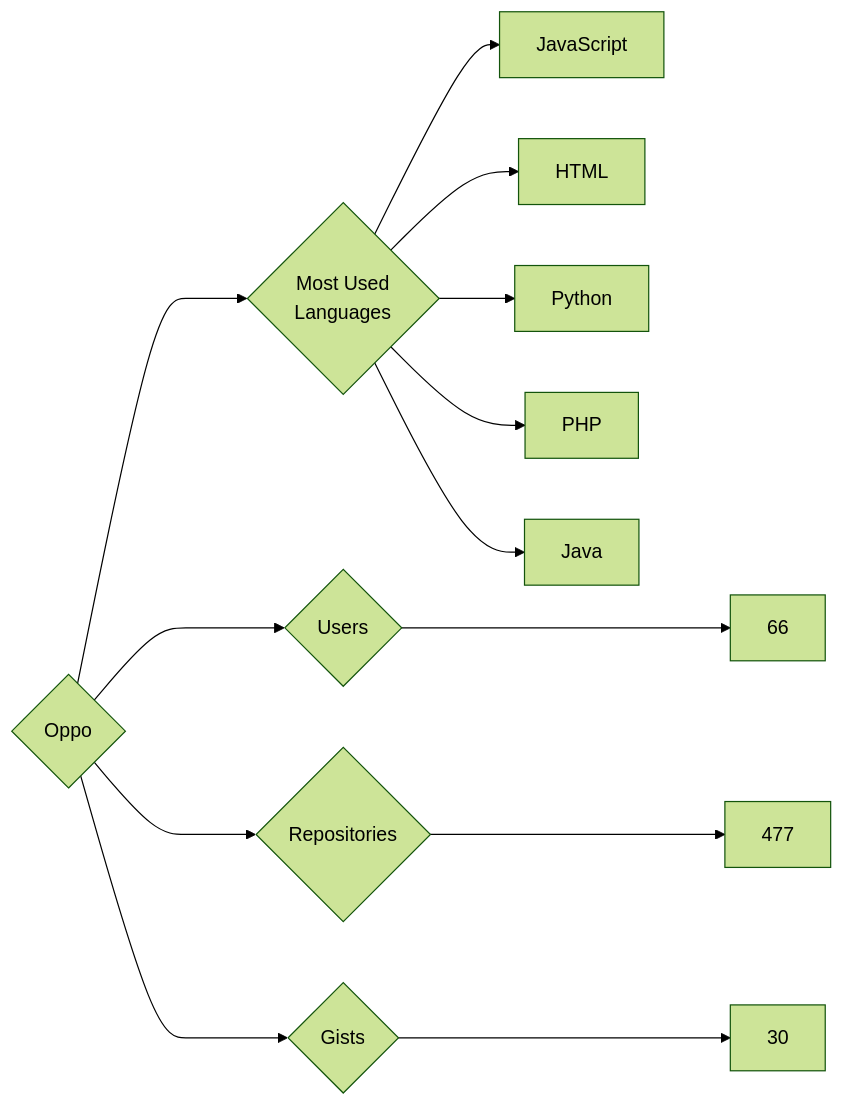
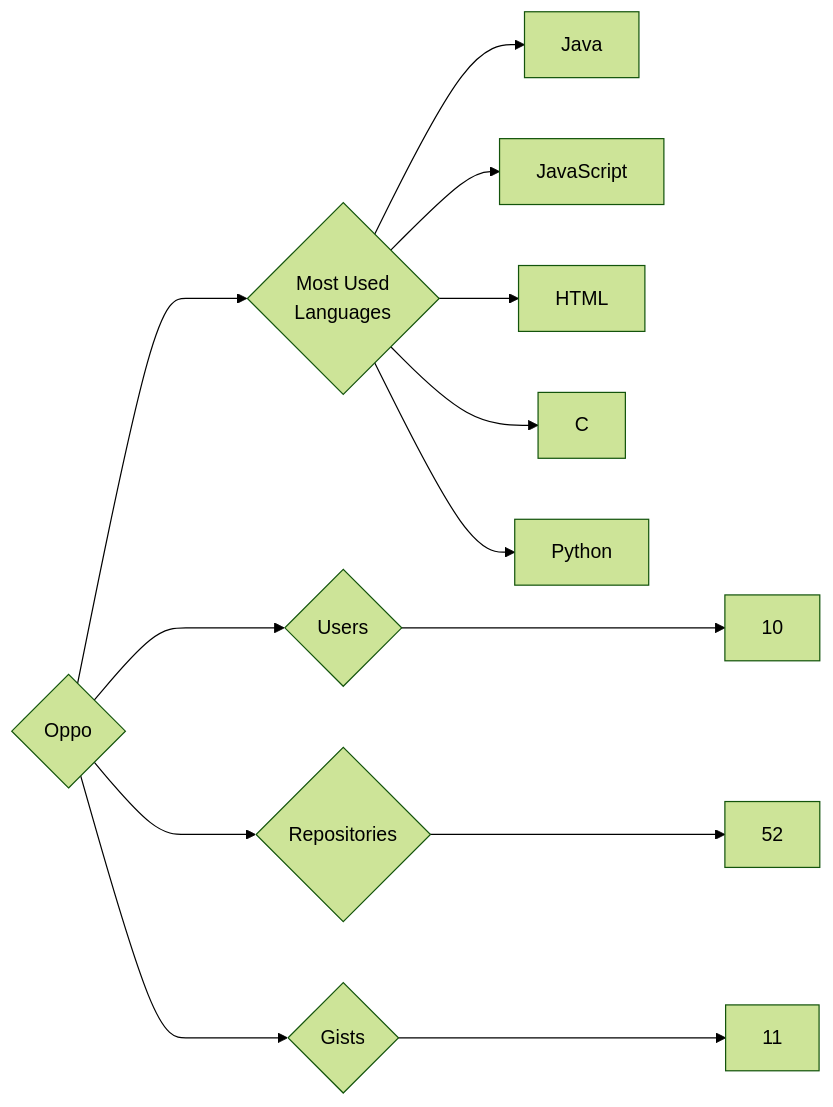
One commit to trickest/insiders changed the diagram in targets/Oppo/README.md. Above: the diagram before and after it, drawn with Mermaid (forest theme). The commit also changed 787 other files, not shown here.

````diff
--- a/targets/Oppo/README.md
+++ b/targets/Oppo/README.md
@@ -3,13 +3,13 @@
 ```mermaid
 graph LR
 COMPANY_NAME{Oppo}
-COMPANY_NAME ---> U{Users} ---> UN[66]
-COMPANY_NAME ---> R{Repositories} ---> RN[477]
-COMPANY_NAME ---> G{Gists} ---> GN[30]
+COMPANY_NAME ---> U{Users} ---> UN[10]
+COMPANY_NAME ---> R{Repositories} ---> RN[52]
+COMPANY_NAME ---> G{Gists} ---> GN[11]
 COMPANY_NAME ---> ML{Most Used<br>Languages}
+ML --> Java[Java]
 ML --> JavaScript[JavaScript]
 ML --> HTML[HTML]
+ML --> C[C]
 ML --> Python[Python]
-ML --> PHP[PHP]
-ML --> Java[Java]
 ```
````
